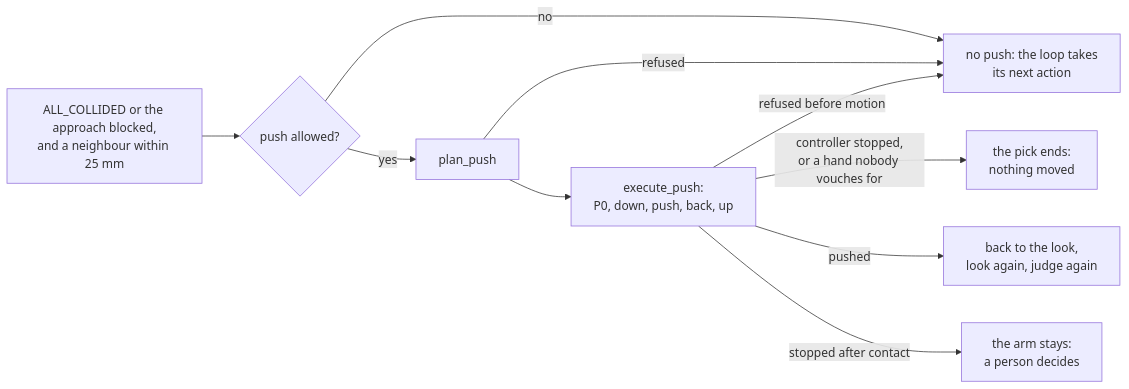
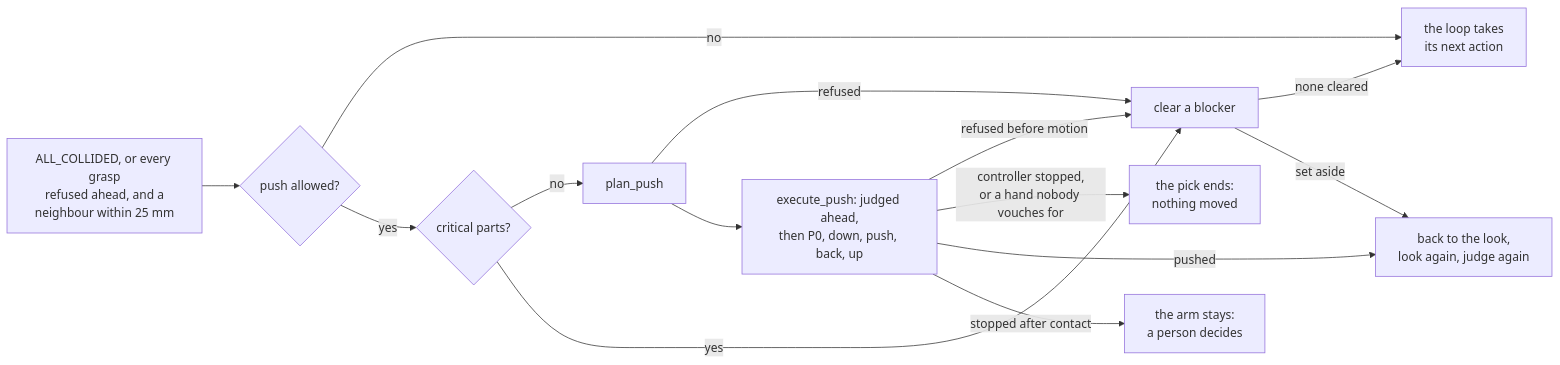
The diagram in src/robot/grasping/recovery/README.md (ManterJochen/Workaholic-Willy), drawn with Mermaid before and after one commit. The commit also changed other lines of this file and 55 other files, not shown here.

````diff
--- a/src/robot/grasping/recovery/README.md
+++ b/src/robot/grasping/recovery/README.md
@@ -139,12 +149,16 @@
 ```mermaid
 flowchart LR
-    T["ALL_COLLIDED or the approach blocked,<br/>and a neighbour within 25 mm"] --> G{"push allowed?"}
-    G -->|no| R["no push: the loop takes<br/>its next action"]
-    G -->|yes| P["plan_push"]
-    P -->|refused| R
-    P --> E["execute_push:<br/>P0, down, push, back, up"]
-    E -->|"refused before motion"| R
+    T["ALL_COLLIDED, or every grasp<br/>refused ahead, and a<br/>neighbour within 25 mm"] --> G{"push allowed?"}
+    G -->|no| R["the loop takes<br/>its next action"]
+    G -->|yes| K{"critical parts?"}
+    K -->|no| P["plan_push"]
+    K -->|yes| C["clear a blocker"]
+    P -->|refused| C
+    P --> E["execute_push: judged ahead,<br/>then P0, down, push, back, up"]
+    E -->|"refused before motion"| C
+    C -->|"none cleared"| R
+    C -->|"set aside"| L
     E -->|"controller stopped,<br/>or a hand nobody vouches for"| F["the pick ends:<br/>nothing moved"]
     E -->|pushed| L["back to the look,<br/>look again, judge again"]
     E -->|"stopped after contact"| S["the arm stays:<br/>a person decides"]
 ```
````
